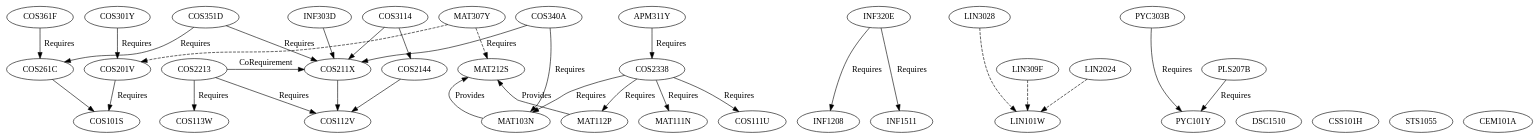
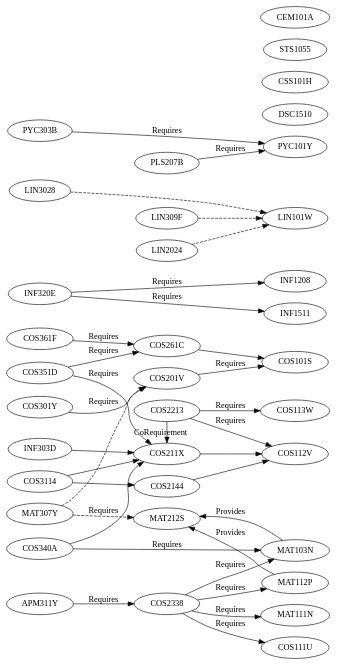
One commit to apauley/RandomHacks changed the diagram in Unisa/ComputationalIntelligence.dot. Above: the diagram before and after it, drawn with Graphviz.

Commit message:
Updated GraphViz graph of Unisa modules

```diff
--- a/Unisa/ComputationalIntelligence.dot
+++ b/Unisa/ComputationalIntelligence.dot
@@ -1,45 +1,47 @@
 digraph ComputationalIntelligence {
+	rankdir=LR
+
 	{rank=same; COS301Y INF320E COS351D COS361F}
 	{rank=same; COS3114 APM311Y MAT307Y COS340A}
 	{rank=same; INF303D LIN3028 PYC303B}
   
 	{rank=same; COS201V COS211X COS261C COS2144}
 	{rank=same; COS2213 COS2338 MAT212S}
 	{rank=same; LIN309F LIN2024 PLS207B}
 
 	{rank=same; COS101S COS112V COS113W INF1208 MAT112P MAT111N MAT103N PYC101Y COS111U LIN101W INF1511}
 	{rank=same; DSC1510 CSS101H STS1055 CEM101A}
 	{rank=max; DSC1510 COS101S}
 
 	COS301Y -> {COS201V} [label=Requires]
 	INF320E -> {INF1208 INF1511} [label=Requires]
 	COS351D -> {COS211X COS261C} [label=Requires]
 	COS361F -> {COS261C} [label=Requires]
 	PYC303B -> {PYC101Y} [label=Requires]
 
 	COS3114 -> {COS211X COS2144}
 	APM311Y -> {COS2338} [label=Requires]
 	MAT307Y -> {MAT212S COS201V} [style=dashed]
 	INF303D -> {COS211X}
 	LIN3028 -> {LIN101W} [style=dashed]
 	COS340A -> {COS211X MAT103N} [label=Requires]
 
 
 	COS201V -> {COS101S} [label=Requires]
 	COS211X -> {COS112V}
 	COS261C -> {COS101S}
 	COS2144 -> {COS112V}
 
 	{rank=same; COS2213 COS211X}
 	COS2213 -> {COS112V COS113W} [label=Requires]
 	COS2213 -> {COS211X} [label=CoRequirement]
 	COS2338 -> {COS111U MAT103N MAT111N MAT112P} [label=Requires]
 	MAT212S
 	LIN309F -> {LIN101W} [style=dashed]
 	LIN2024 -> {LIN101W} [style=dashed]
 	PLS207B -> {PYC101Y} [label=Requires]
 
 
 	MAT103N -> {MAT212S} [label=Provides]
 	MAT112P -> {MAT212S} [label=Provides]
 }
```
